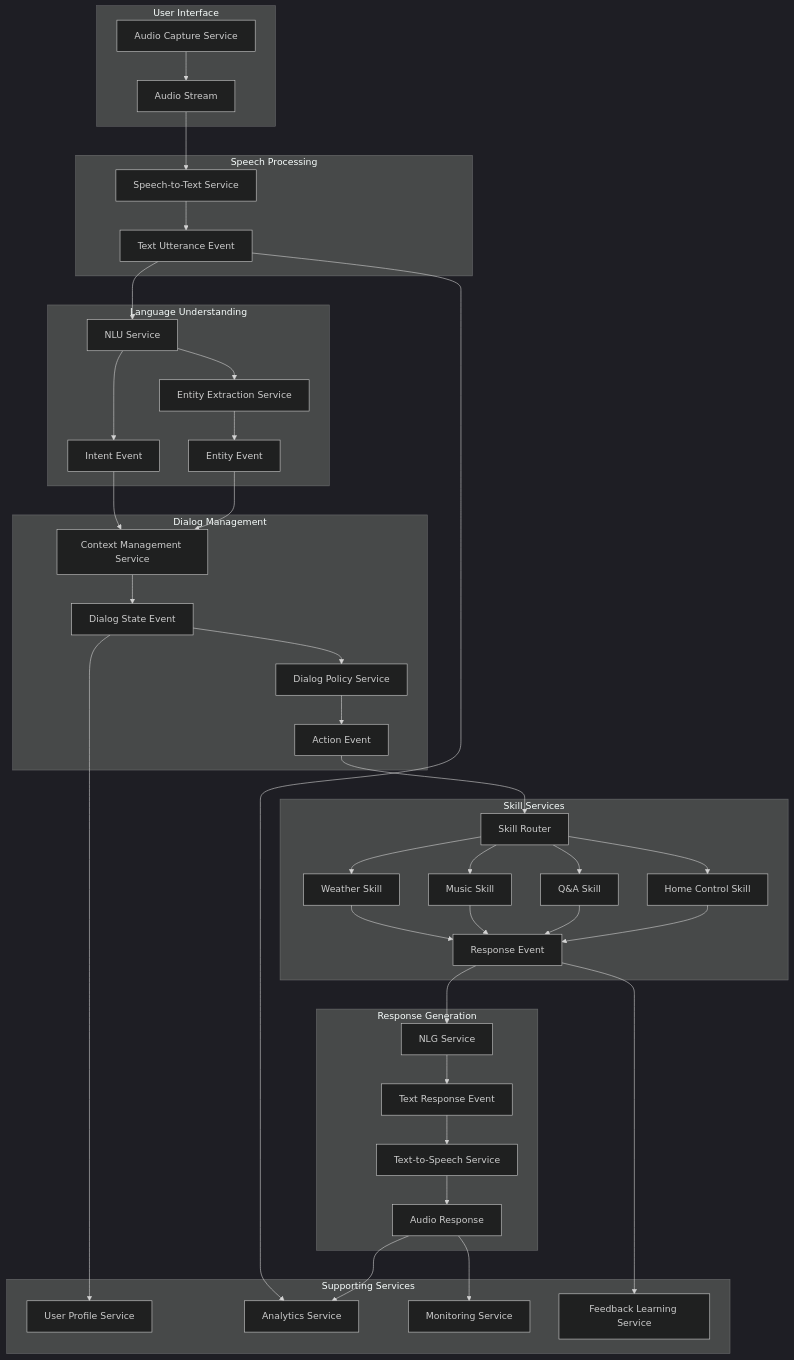
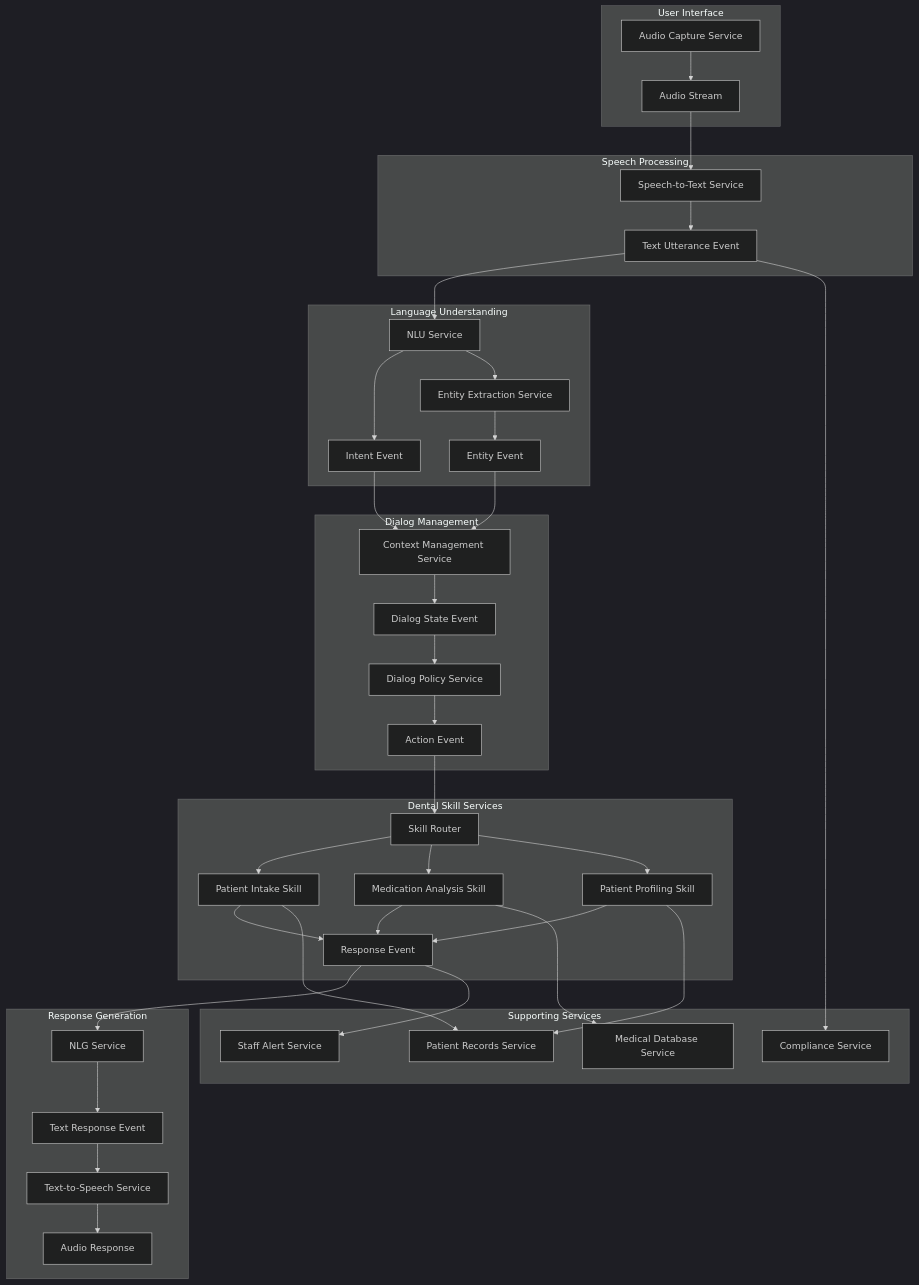
One commit to varannik/dental-saas changed the diagram in README.md. Above: the diagram before and after it, drawn with Mermaid (dark theme).

Commit message:
refine skills part of flowchart

````diff
--- a/README.md
+++ b/README.md
@@ -15,58 +15,56 @@
 ```mermaid
 flowchart TB
     subgraph "User Interface"
         A[Audio Capture Service] --> B[Audio Stream]
     end
     
     subgraph "Speech Processing"
         B --> C[Speech-to-Text Service]
         C --> D[Text Utterance Event]
     end
     
     subgraph "Language Understanding"
         D --> E[NLU Service]
         E --> F[Intent Event]
         E --> G[Entity Extraction Service]
         G --> H[Entity Event]
     end
     
     subgraph "Dialog Management"
         F --> I[Context Management Service]
         H --> I
         I --> J[Dialog State Event]
         J --> K[Dialog Policy Service]
         K --> L[Action Event]
     end
     
-    subgraph "Skill Services"
+    subgraph "Dental Skill Services"
         L --> M[Skill Router]
-        M --> N[Weather Skill]
-        M --> O[Music Skill]
-        M --> P[Q&A Skill]
-        M --> Q[Home Control Skill]
+        M --> N[Patient Intake Skill]
+        M --> O[Medication Analysis Skill]
+        M --> P[Patient Profiling Skill]
         N --> R[Response Event]
         O --> R
         P --> R
-        Q --> R
     end
     
     subgraph "Response Generation"
         R --> S[NLG Service]
         S --> T[Text Response Event]
         T --> U[Text-to-Speech Service]
         U --> V[Audio Response]
     end
     
     subgraph "Supporting Services"
-        W[User Profile Service]
-        X[Analytics Service]
-        Y[Monitoring Service]
-        Z[Feedback Learning Service]
+        W[Patient Records Service]
+        X[Medical Database Service]
+        Y[Compliance Service]
+        Z[Staff Alert Service]
     end
     
-    J --> W
-    D --> X
-    V --> X
-    V --> Y
+    N --> W
+    P --> W
+    O --> X
+    D --> Y
     R --> Z
 ```
````
